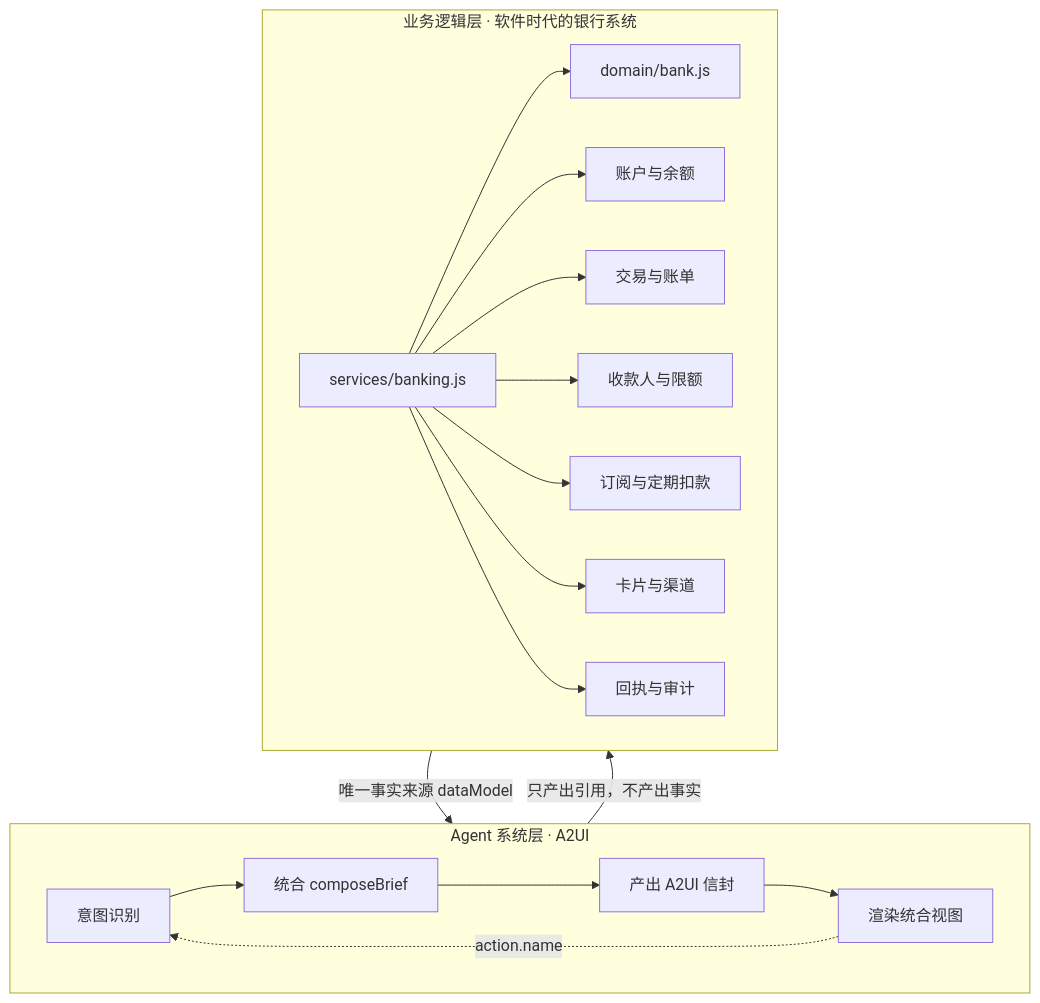
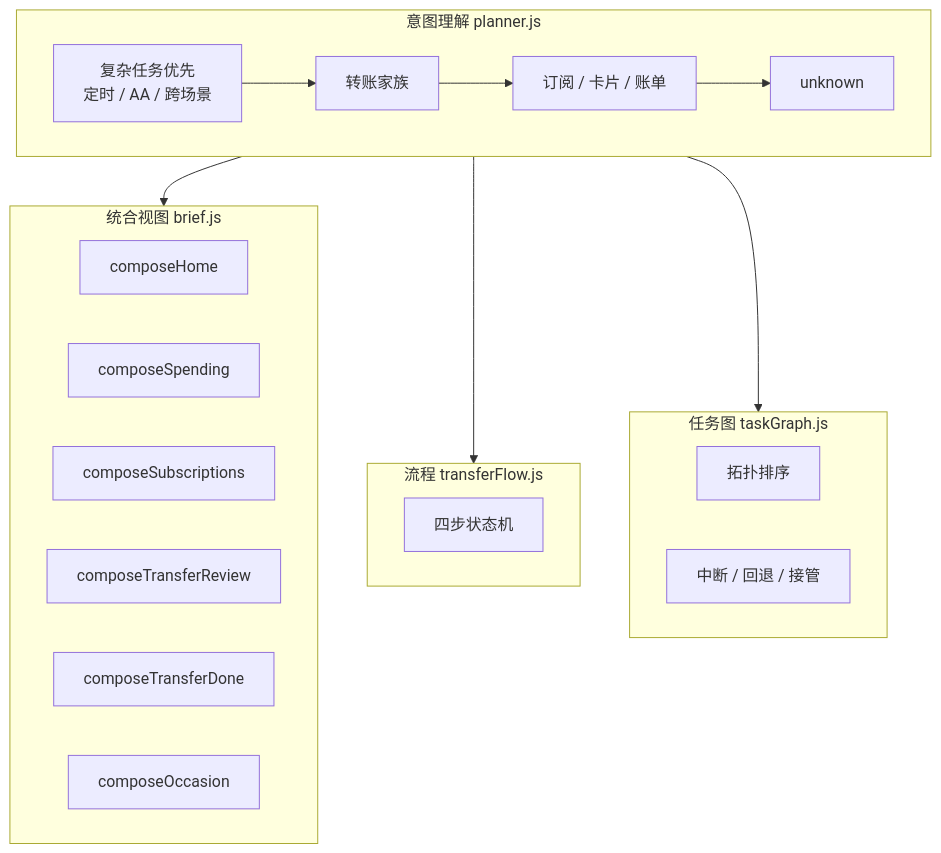
The eighth of 33 diagrams in doc/ARCHITECTURE.md (weiqing010305-art/bk-agent), drawn with Mermaid before and after one commit. The commit also changed other lines of this file and 5 other files, not shown here.

First line of the commit message:
docs: 架构文档全文重写 —— 33 张 Mermaid 渲染图，全部经真实解析器验证

````diff
--- a/doc/ARCHITECTURE.md
+++ b/doc/ARCHITECTURE.md
@@ -85,20 +295,28 @@
 ```mermaid
 flowchart TB
-    subgraph AGENT["Agent 系统层 · A2UI"]
-        I["意图识别"] --> C["统合 composeBrief"]
-        C --> S["产出 A2UI 信封"]
-        S --> R["渲染统合视图"]
-        R -.->|"action.name"| I
+    subgraph INTENT["意图理解 planner.js"]
+        R1["复杂任务优先<br/>定时 / AA / 跨场景"] --> R2["转账家族"] --> R3["订阅 / 卡片 / 账单"] --> R4["unknown"]
     end
-    subgraph BIZ["业务逻辑层 · 软件时代的银行系统"]
-        SVC["services/banking.js"] --> DOM["domain/bank.js"]
-        SVC --> Q1["账户与余额"]
-        SVC --> Q2["交易与账单"]
-        SVC --> Q3["收款人与限额"]
-        SVC --> Q4["订阅与定期扣款"]
-        SVC --> Q5["卡片与渠道"]
-        SVC --> Q6["回执与审计"]
+
+    subgraph COMPOSE["统合视图 brief.js"]
+        C1["composeHome"]
+        C2["composeSpending"]
+        C3["composeSubscriptions"]
+        C4["composeTransferReview"]
+        C5["composeTransferDone"]
+        C6["composeOccasion"]
     end
-    BIZ -->|"唯一事实来源 dataModel"| AGENT
-    AGENT -->|"只产出引用，不产出事实"| BIZ
+
+    subgraph FLOW["流程 transferFlow.js"]
+        F1["四步状态机"]
+    end
+
+    subgraph TASK["任务图 taskGraph.js"]
+        T1["拓扑排序"]
+        T2["中断 / 回退 / 接管"]
+    end
+
+    INTENT --> COMPOSE
+    INTENT --> FLOW
+    INTENT --> TASK
 ```
````
